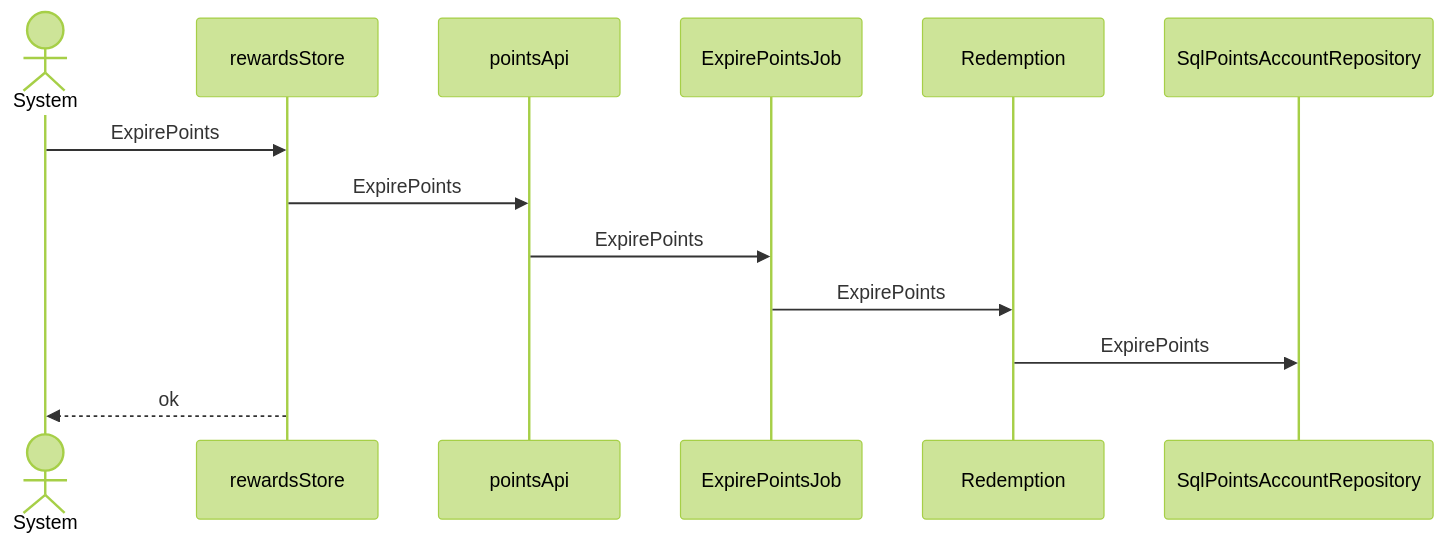
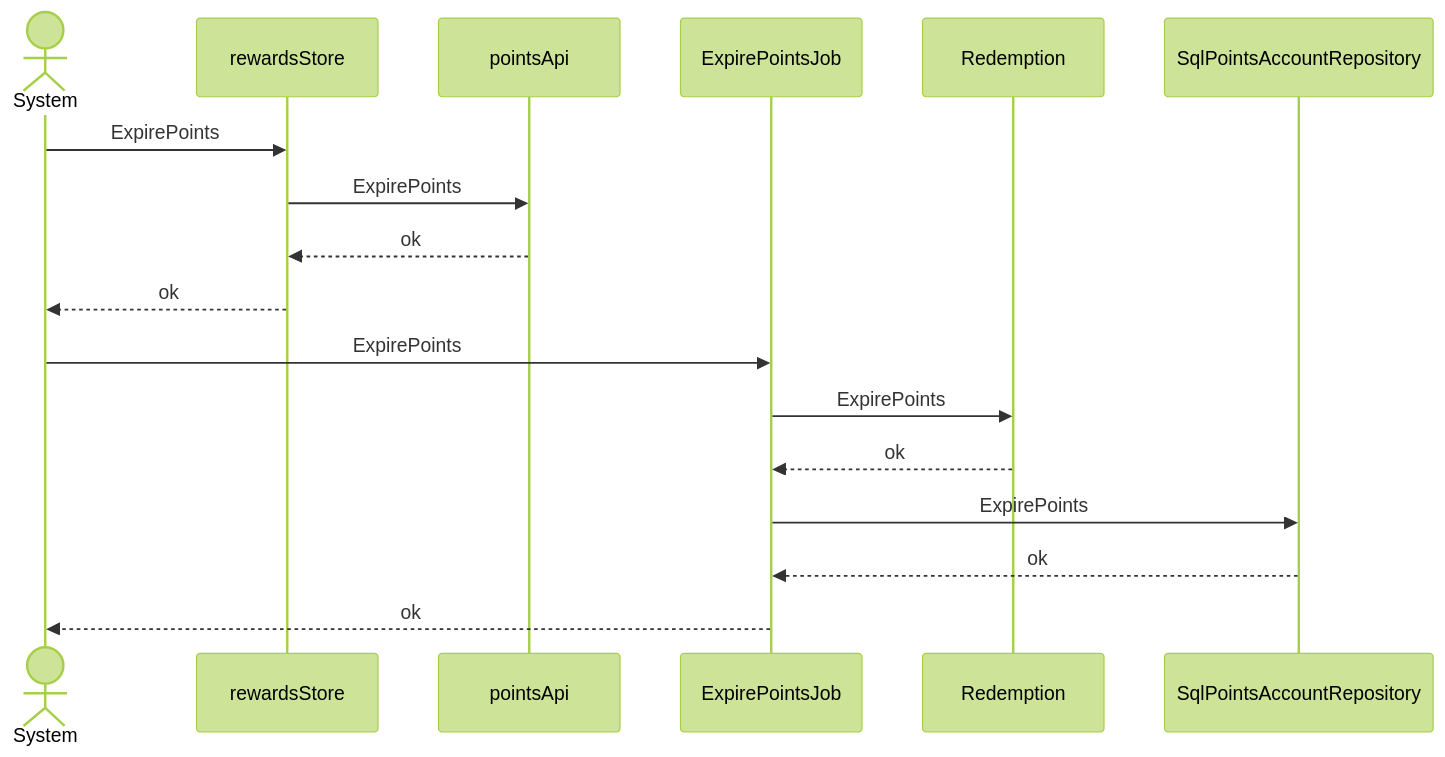
One commit to pin0513/AITools changed the fifth of 6 diagrams in skills/spec-dev-process/examples/matrix/fs-balance-en-s3/specs/rd/points-redemption/spec/30-architecture-c4.md. Above: the diagram before and after it, drawn with Mermaid (forest theme). The commit also changed other lines of this file and 257 other files, not shown here.

````diff
--- a/skills/spec-dev-process/examples/matrix/fs-balance-en-s3/specs/rd/points-redemption/spec/30-architecture-c4.md
+++ b/skills/spec-dev-process/examples/matrix/fs-balance-en-s3/specs/rd/points-redemption/spec/30-architecture-c4.md
@@ -135,15 +143,19 @@
 ```mermaid
 sequenceDiagram
   actor U as System
   participant CMP004 as rewardsStore
   participant CMP005 as pointsApi
   participant CMP008 as ExpirePointsJob
   participant CMP010 as Redemption
   participant CMP011 as SqlPointsAccountRepository
   U->>CMP004: ExpirePoints
   CMP004->>CMP005: ExpirePoints
-  CMP005->>CMP008: ExpirePoints
+  CMP005-->>CMP004: ok
+  CMP004-->>U: ok
+  U->>CMP008: ExpirePoints
   CMP008->>CMP010: ExpirePoints
-  CMP010->>CMP011: ExpirePoints
-  CMP004-->>U: ok
+  CMP010-->>CMP008: ok
+  CMP008->>CMP011: ExpirePoints
+  CMP011-->>CMP008: ok
+  CMP008-->>U: ok
 ```
````
